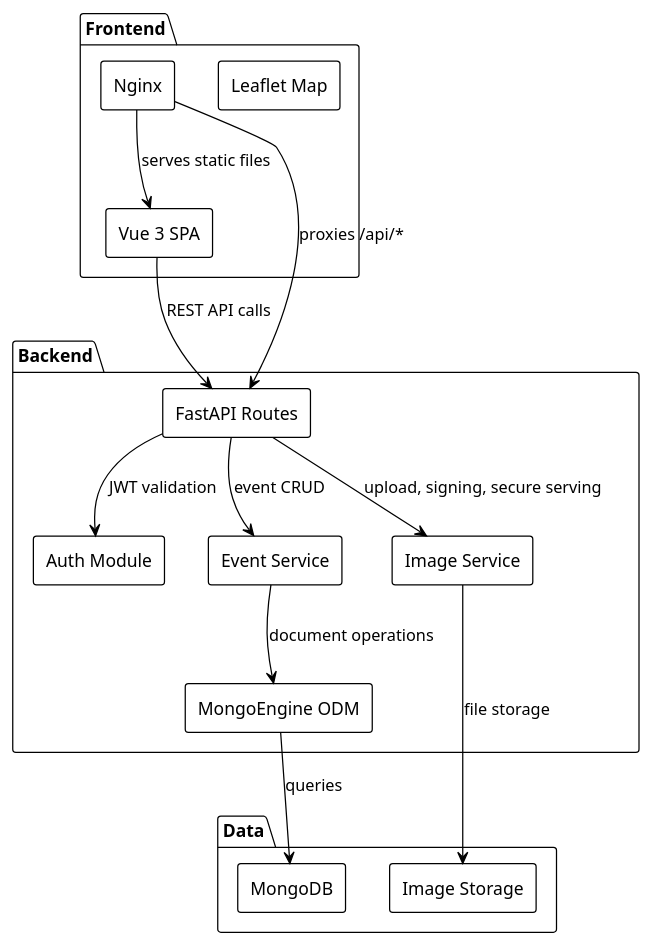
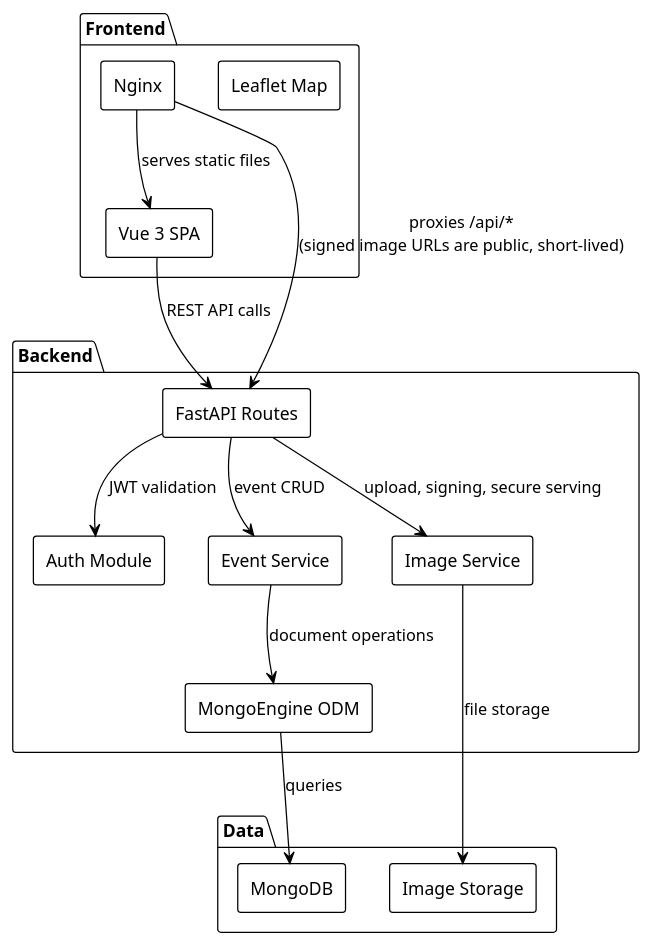
Before and after one commit to HEIG-RESONATE/resonate2: the diagram in docs/diagrams/architecture.puml, drawn with PlantUML. The commit also changed 2 other files, not shown here.

Commit message:
modify nginx conf to allow satellite image display on UI

```diff
--- a/docs/diagrams/architecture.puml
+++ b/docs/diagrams/architecture.puml
@@ -1,35 +1,35 @@
 @startuml
 !theme plain
 skinparam componentStyle rectangle
 skinparam defaultFontName "Arial"
 
 package "Frontend" {
   [Vue 3 SPA] as [Vue]
   [Leaflet Map] as [Map]
   [Nginx] as [Nginx]
 }
 
 package "Backend" {
   [FastAPI Routes] as [API]
   [Auth Module] as [Auth]
   [Event Service] as [EventService]
   [Image Service] as [ImageService]
   [MongoEngine ODM] as [ODM]
 }
 
 package "Data" {
   database "MongoDB" as [Mongo]
   storage "Image Storage" as [Images]
 }
 
 [Nginx] --> [Vue] : serves static files
-[Nginx] --> [API] : proxies /api/*
+[Nginx] --> [API] : proxies /api/*\n(signed image URLs are public, short-lived)
 [Vue] --> [API] : REST API calls
 [API] --> [Auth] : JWT validation
 [API] --> [EventService] : event CRUD
 [API] --> [ImageService] : upload, signing, secure serving
 [EventService] --> [ODM] : document operations
 [ImageService] --> [Images] : file storage
 [ODM] --> [Mongo] : queries
 
 @enduml
```
